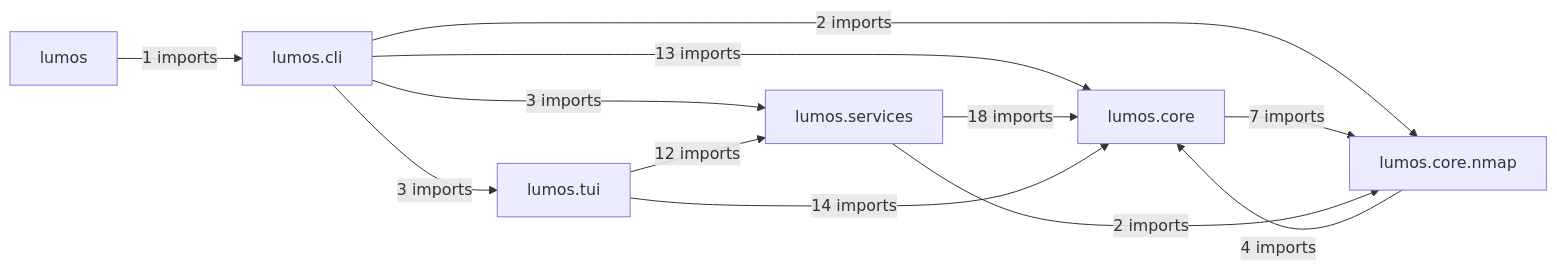
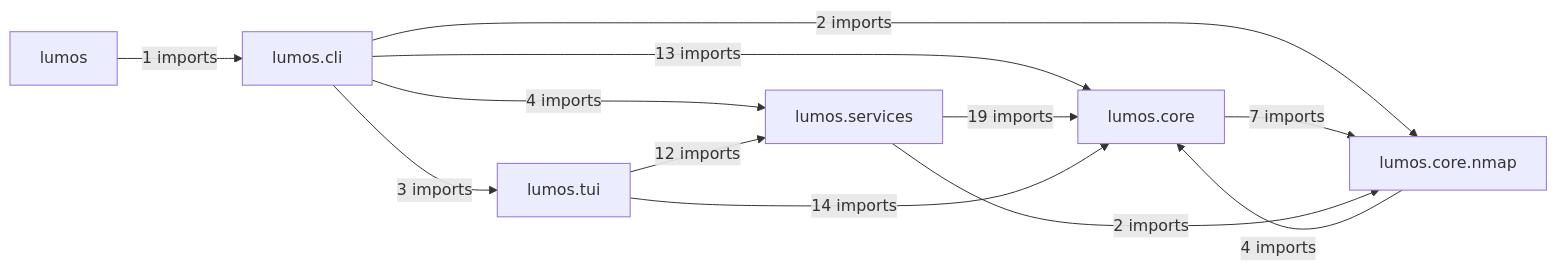
One commit to lko47/lumos changed the diagram in docs/architecture/modules.md. Above: the diagram before and after it, drawn with Mermaid. The commit also changed other lines of this file and 4 other files, not shown here.

````diff
--- a/docs/architecture/modules.md
+++ b/docs/architecture/modules.md
@@ -7,20 +7,20 @@
 ```mermaid
 flowchart LR
     P0["lumos"]
     P1["lumos.cli"]
     P2["lumos.core"]
     P3["lumos.core.nmap"]
     P4["lumos.services"]
     P5["lumos.tui"]
     P0 -->|"1 imports"| P1
     P1 -->|"13 imports"| P2
     P1 -->|"2 imports"| P3
-    P1 -->|"3 imports"| P4
+    P1 -->|"4 imports"| P4
     P1 -->|"3 imports"| P5
     P2 -->|"7 imports"| P3
     P3 -->|"4 imports"| P2
-    P4 -->|"18 imports"| P2
+    P4 -->|"19 imports"| P2
     P4 -->|"2 imports"| P3
     P5 -->|"14 imports"| P2
     P5 -->|"12 imports"| P4
 ```
````
